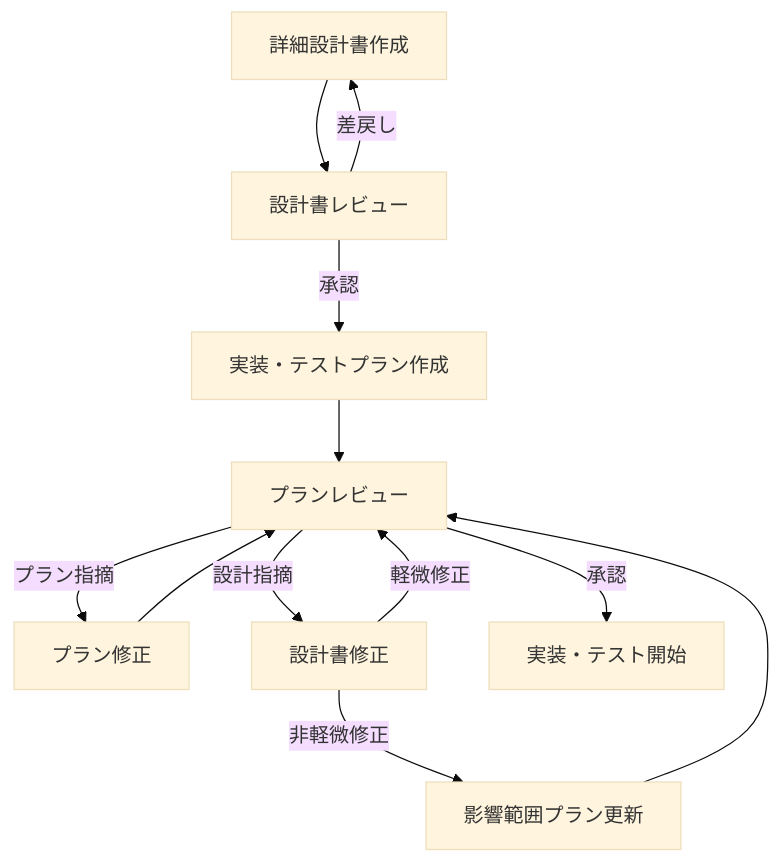
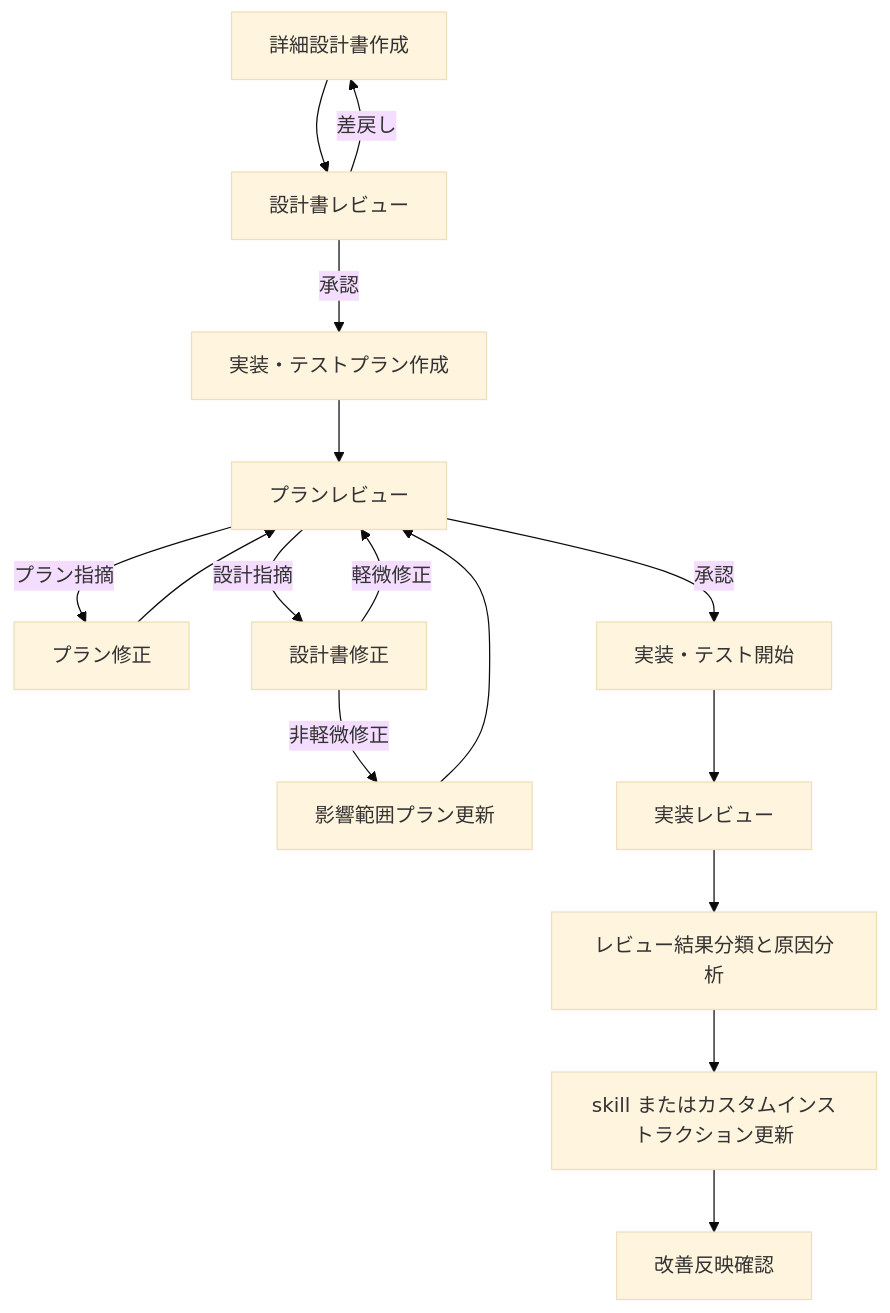
One commit to Aco-Lone/WaterfallSdd changed the diagram in workflow-approval-gate-definition.md. Above: the diagram before and after it, drawn with Mermaid (base theme). The commit also changed other lines of this file and 13 other files, not shown here.

````diff
--- a/workflow-approval-gate-definition.md
+++ b/workflow-approval-gate-definition.md
@@ -122,14 +140,18 @@
 ```mermaid
 flowchart TD
     A[詳細設計書作成] --> B[設計書レビュー]
     B -->|承認| C[実装・テストプラン作成]
     B -->|差戻し| A
     C --> D[プランレビュー]
     D -->|プラン指摘| E[プラン修正]
     E --> D
     D -->|設計指摘| F[設計書修正]
     F -->|軽微修正| D
     F -->|非軽微修正| G[影響範囲プラン更新]
     G --> D
     D -->|承認| H[実装・テスト開始]
+    H --> I[実装レビュー]
+    I --> J[レビュー結果分類と原因分析]
+    J --> K[skill またはカスタムインストラクション更新]
+    K --> L[改善反映確認]
 ```
````
